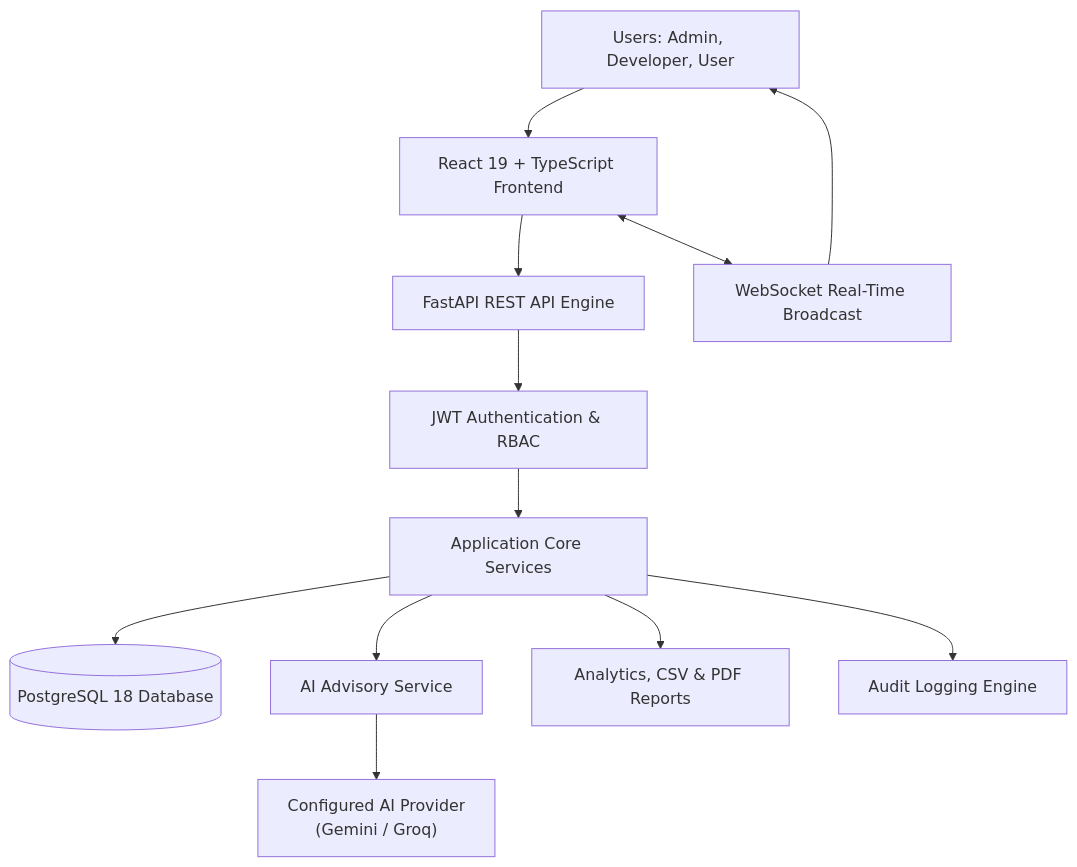
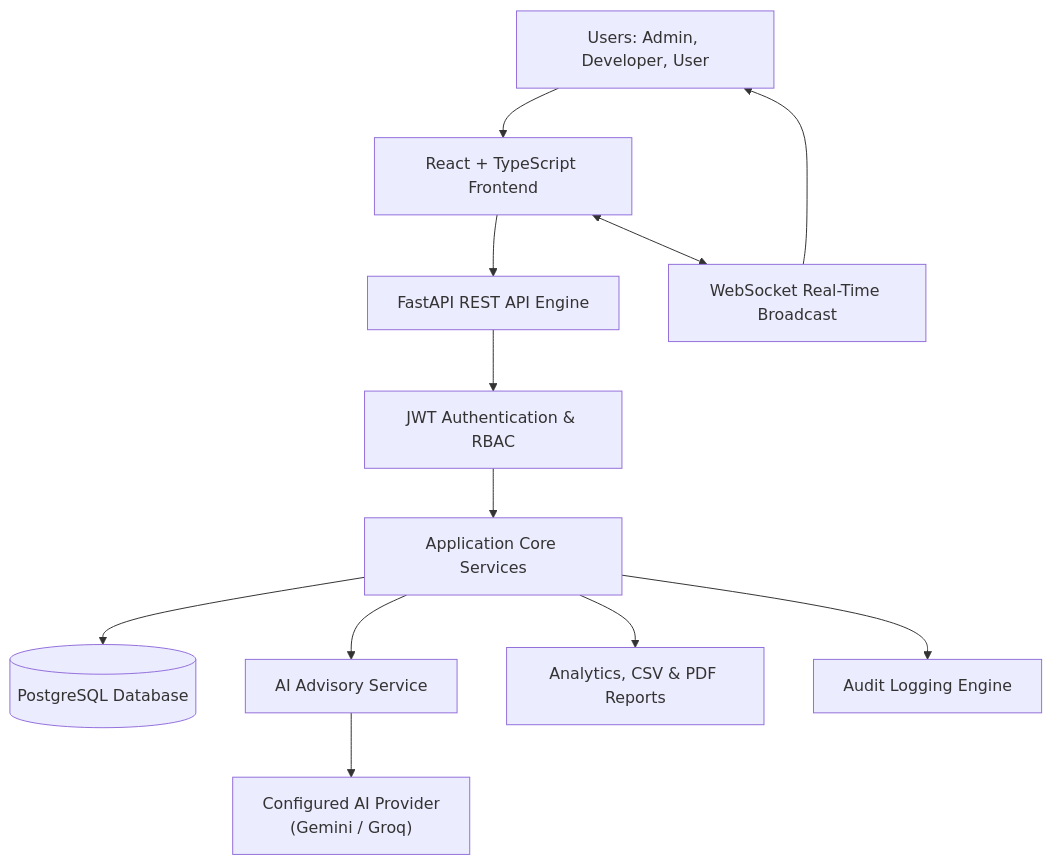
One commit to AjayKumarKR07/TracePilot changed the first of 4 diagrams in README.md. Above: the diagram before and after it, drawn with Mermaid. The commit also changed other lines of this file, not shown here.

Commit message:
docs: update badge versions, features, and architecture details in README

````diff
--- a/README.md
+++ b/README.md
@@ -141,14 +139,14 @@
 ```mermaid
 flowchart TD
-    U["Users: Admin, Developer, User"] --> FE["React 19 + TypeScript Frontend"]
+    U["Users: Admin, Developer, User"] --> FE["React + TypeScript Frontend"]
     FE --> API["FastAPI REST API Engine"]
     FE <--> WS["WebSocket Real-Time Broadcast"]
     API --> AUTH["JWT Authentication & RBAC"]
     AUTH --> SVC["Application Core Services"]
-    SVC --> DB[("PostgreSQL 18 Database")]
+    SVC --> DB[("PostgreSQL Database")]
     SVC --> AI["AI Advisory Service"]
     AI --> PROVIDER["Configured AI Provider<br/>(Gemini / Groq)"]
     SVC --> REPORTS["Analytics, CSV & PDF Reports"]
     SVC --> AUDIT["Audit Logging Engine"]
     WS --> U
 ```
````
